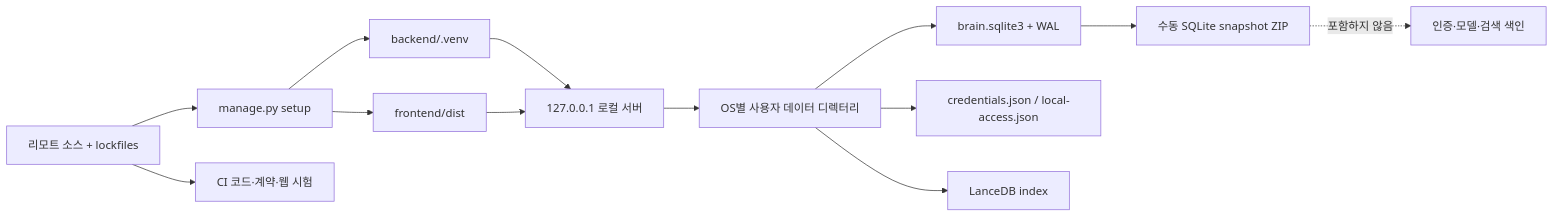
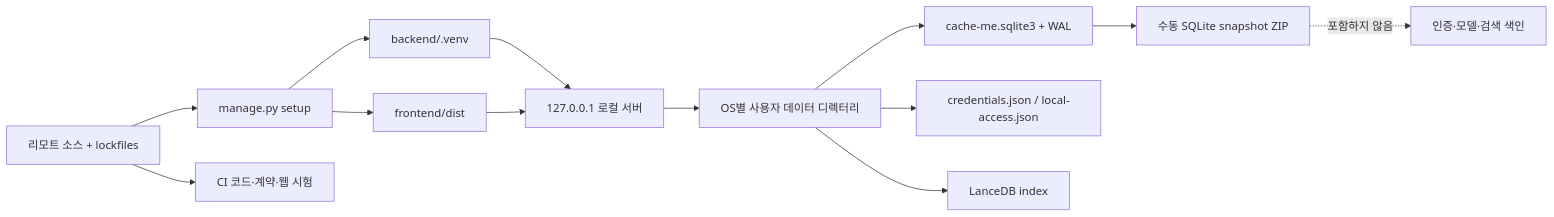
The fourth of 4 diagrams in docs/architecture/current-system.md (jhpark324/cache-me-if-you-can), drawn with Mermaid before and after one commit. The commit also changed other lines of this file and 96 other files, not shown here.

````diff
--- a/docs/architecture/current-system.md
+++ b/docs/architecture/current-system.md
@@ -118,15 +118,15 @@
 ```mermaid
 flowchart LR
     Source[리모트 소스 + lockfiles] --> Setup[manage.py setup]
     Setup --> Venv[backend/.venv]
     Setup --> Build[frontend/dist]
     Venv --> Run[127.0.0.1 로컬 서버]
     Build --> Run
     Run --> Data[OS별 사용자 데이터 디렉터리]
-    Data --> Canonical[brain.sqlite3 + WAL]
+    Data --> Canonical[cache-me.sqlite3 + WAL]
     Data --> Secrets[credentials.json / local-access.json]
     Data --> Index[LanceDB index]
     Canonical --> Backup[수동 SQLite snapshot ZIP]
     Backup -. 포함하지 않음 .-> Excluded[인증·모델·검색 색인]
     Source --> CI[CI 코드·계약·웹 시험]
 ```
````
